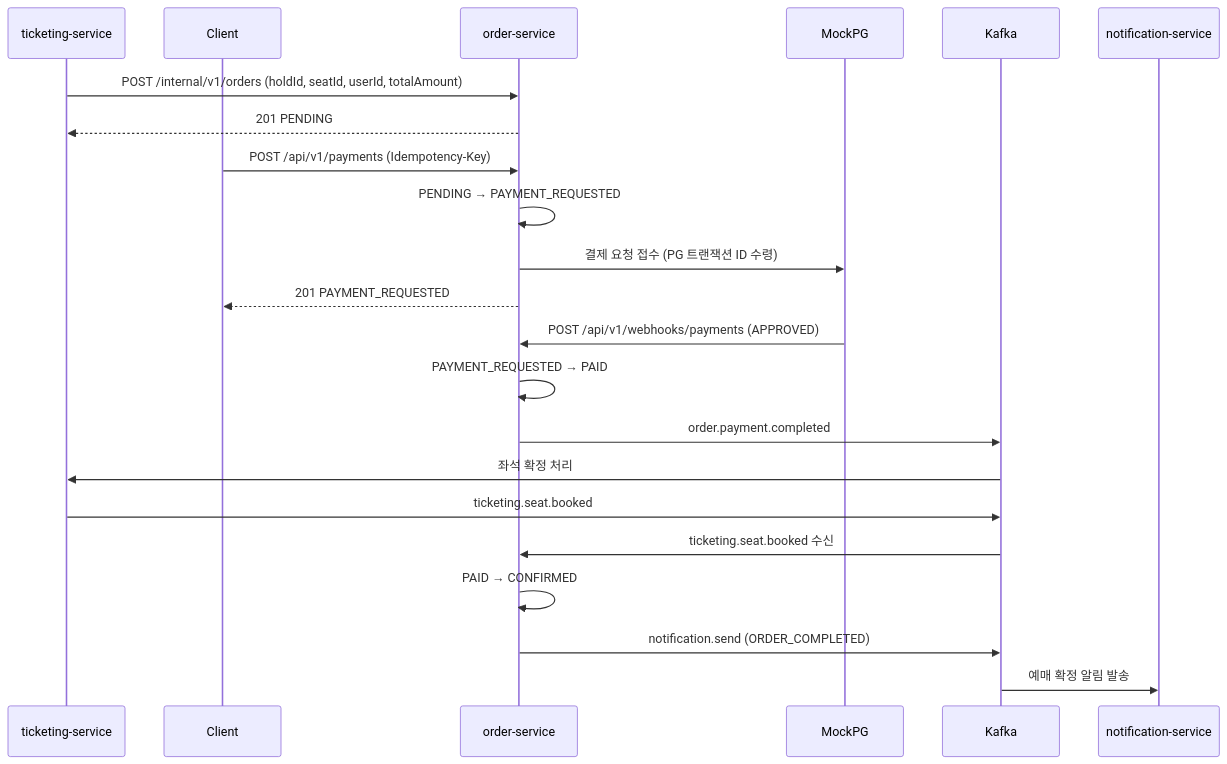
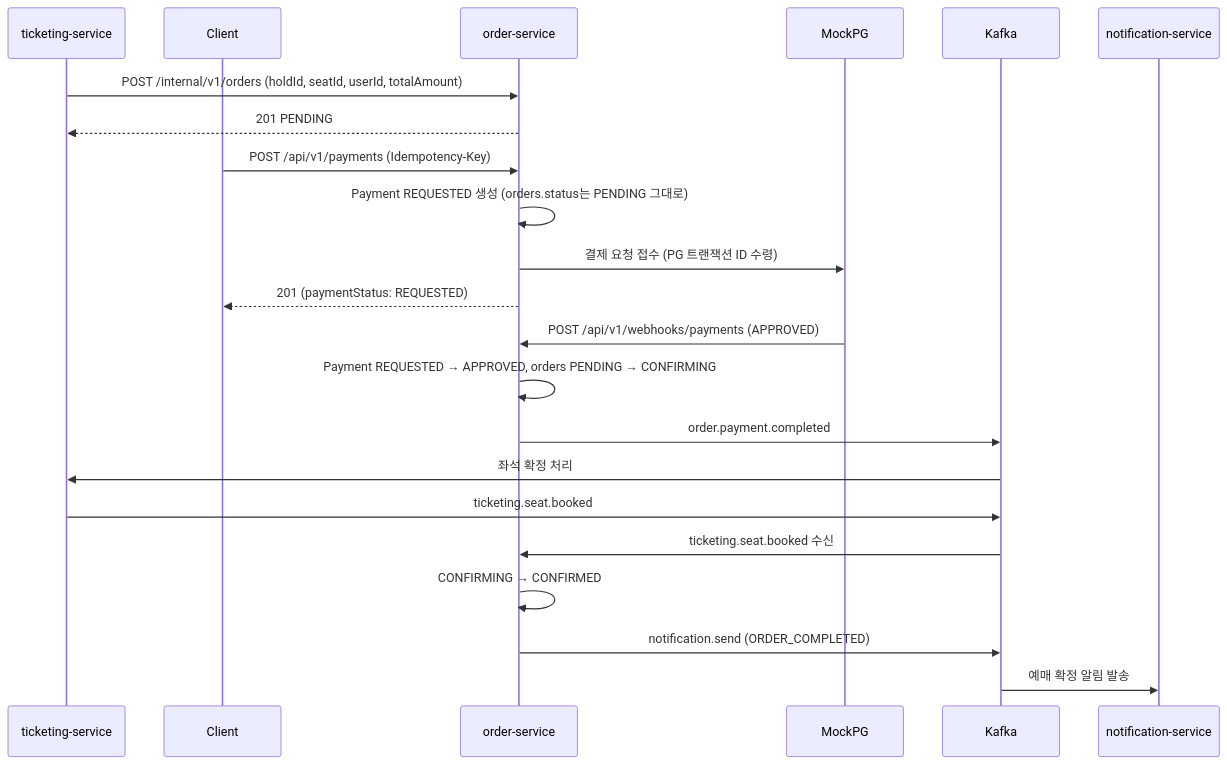
One commit to 6pm-sparta/6pm changed the first of 8 diagrams in docs/order-service/flows.md. Above: the diagram before and after it, drawn with Mermaid. The commit also changed other lines of this file and 12 other files, not shown here.

````diff
--- a/docs/order-service/flows.md
+++ b/docs/order-service/flows.md
@@ -32,29 +33,29 @@
 ```mermaid
 sequenceDiagram
     participant T as ticketing-service
     participant C as Client
     participant O as order-service
     participant PG as MockPG
     participant K as Kafka
     participant N as notification-service
 
     T->>O: POST /internal/v1/orders (holdId, seatId, userId, totalAmount)
     O-->>T: 201 PENDING
 
     C->>O: POST /api/v1/payments (Idempotency-Key)
-    O->>O: PENDING → PAYMENT_REQUESTED
+    O->>O: Payment REQUESTED 생성 (orders.status는 PENDING 그대로)
     O->>PG: 결제 요청 접수 (PG 트랜잭션 ID 수령)
-    O-->>C: 201 PAYMENT_REQUESTED
+    O-->>C: 201 (paymentStatus: REQUESTED)
 
     PG->>O: POST /api/v1/webhooks/payments (APPROVED)
-    O->>O: PAYMENT_REQUESTED → PAID
+    O->>O: Payment REQUESTED → APPROVED, orders PENDING → CONFIRMING
     O->>K: order.payment.completed
 
     K->>T: 좌석 확정 처리
     T->>K: ticketing.seat.booked
 
     K->>O: ticketing.seat.booked 수신
-    O->>O: PAID → CONFIRMED
+    O->>O: CONFIRMING → CONFIRMED
     O->>K: notification.send (ORDER_COMPLETED)
     K->>N: 예매 확정 알림 발송
 ```
````
